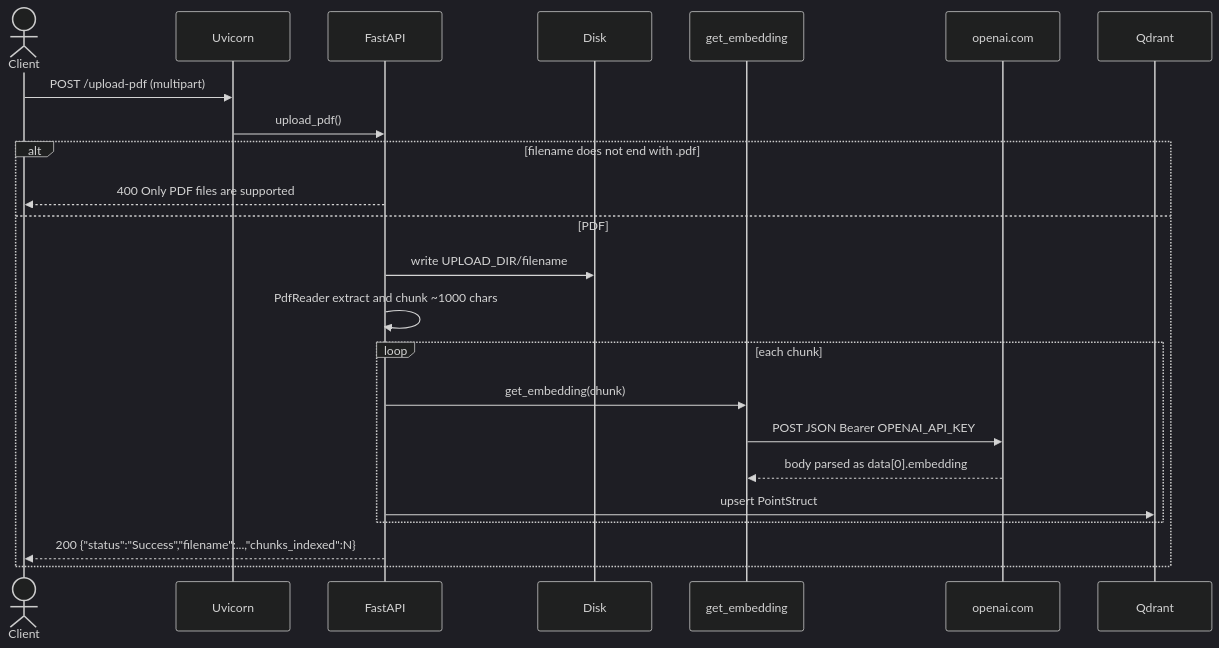
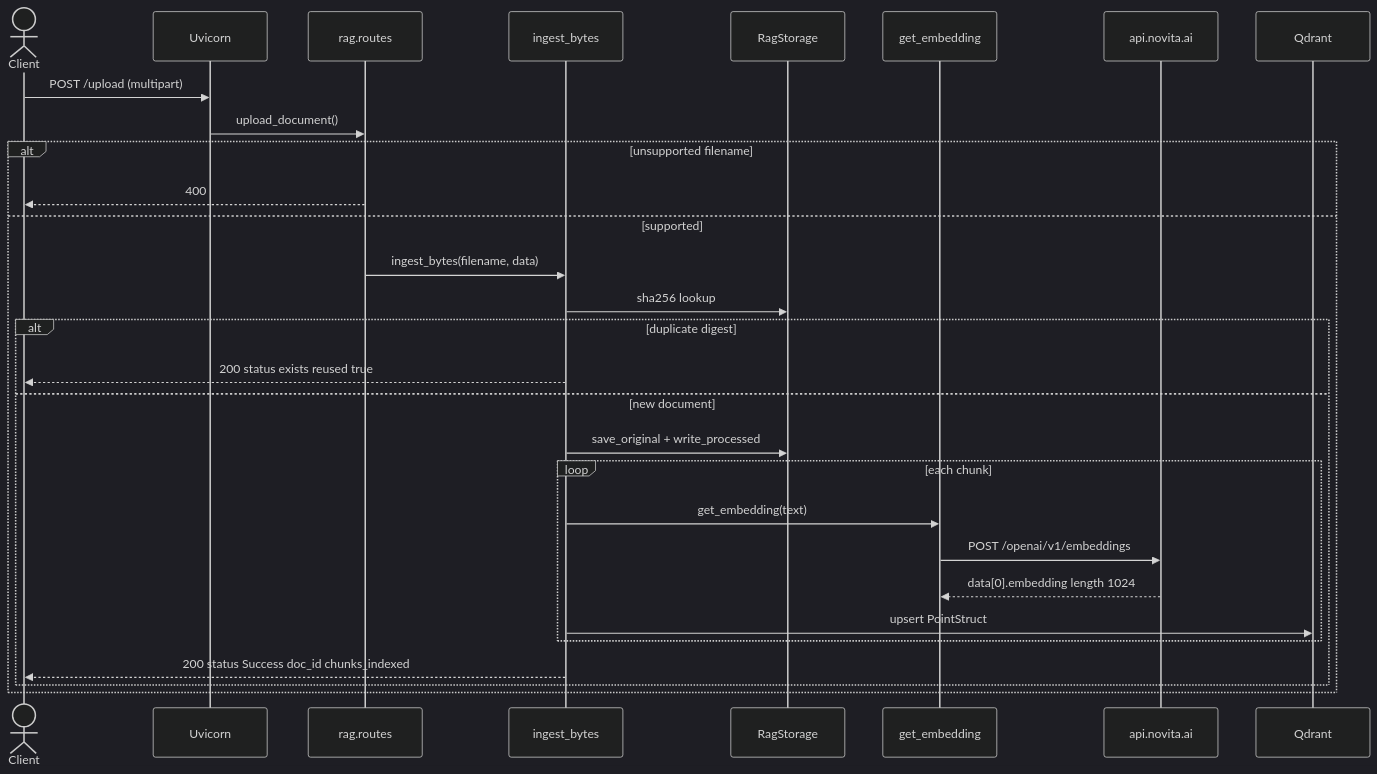
Before and after one commit to mkrejp/fastmcp-rag-timer: the third of 4 diagrams in docs/ARCHITECTURE.md, drawn with Mermaid (dark theme). The commit also changed other lines of this file and 7 other files, not shown here.

First line of the commit message:
Rewrite architecture docs to match the current Novita RAG stack.

````diff
--- a/docs/ARCHITECTURE.md
+++ b/docs/ARCHITECTURE.md
@@ -176,26 +202,32 @@
 ```mermaid
 sequenceDiagram
   actor Client
   participant Uvicorn
-  participant FastAPI
-  participant Disk
+  participant Routes as rag.routes
+  participant Ingest as ingest_bytes
+  participant Storage as RagStorage
   participant Embed as get_embedding
-  participant OpenAI as openai.com
+  participant Novita as api.novita.ai
   participant Qdrant
 
-  Client->>Uvicorn: POST /upload-pdf (multipart)
-  Uvicorn->>FastAPI: upload_pdf()
-  alt filename does not end with .pdf
-    FastAPI-->>Client: 400 Only PDF files are supported
-  else PDF
-    FastAPI->>Disk: write UPLOAD_DIR/filename
-    FastAPI->>FastAPI: PdfReader extract and chunk ~1000 chars
-    loop each chunk
-      FastAPI->>Embed: get_embedding(chunk)
-      Embed->>OpenAI: POST JSON Bearer OPENAI_API_KEY
-      OpenAI-->>Embed: body parsed as data[0].embedding
-      FastAPI->>Qdrant: upsert PointStruct
+  Client->>Uvicorn: POST /upload (multipart)
+  Uvicorn->>Routes: upload_document()
+  alt unsupported filename
+    Routes-->>Client: 400
+  else supported
+    Routes->>Ingest: ingest_bytes(filename, data)
+    Ingest->>Storage: sha256 lookup
+    alt duplicate digest
+      Ingest-->>Client: 200 status exists reused true
+    else new document
+      Ingest->>Storage: save_original + write_processed
+      loop each chunk
+        Ingest->>Embed: get_embedding(text)
+        Embed->>Novita: POST /openai/v1/embeddings
+        Novita-->>Embed: data[0].embedding length 1024
+        Ingest->>Qdrant: upsert PointStruct
+      end
+      Ingest-->>Client: 200 status Success doc_id chunks_indexed
     end
-    FastAPI-->>Client: 200 {"status":"Success","filename":...,"chunks_indexed":N}
   end
 ```
````
